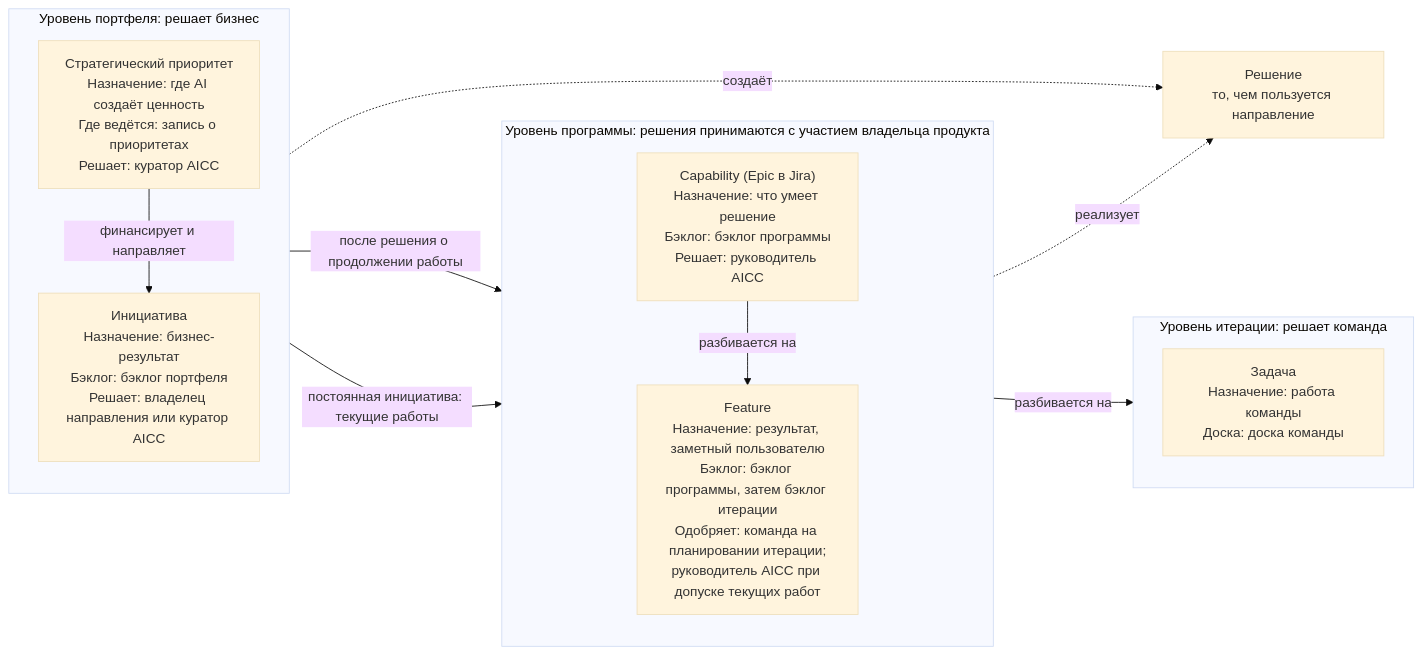
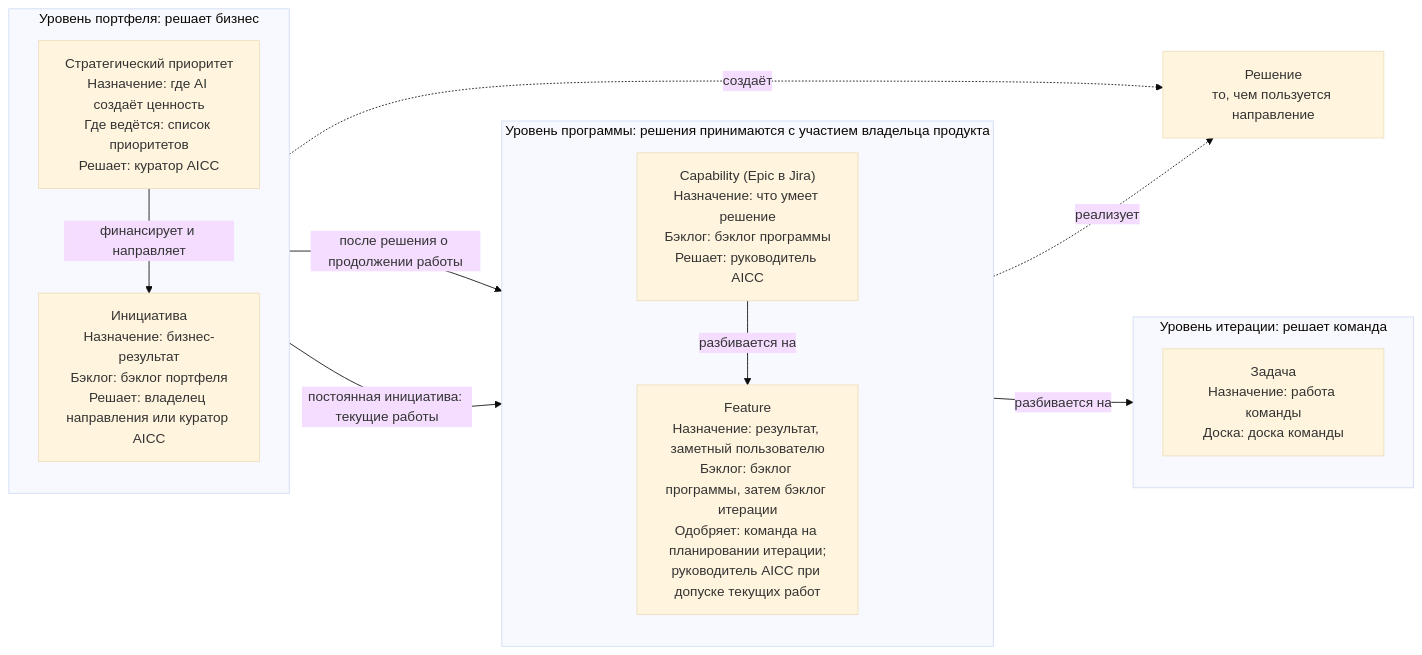
Before and after one commit to devhogu/ob-aicc: the first of 13 diagrams in charter/ru/documents/solution-lifecycle-model.md, drawn with Mermaid (base theme). The commit also changed other lines of this file and 370 other files, not shown here.

````diff
--- a/charter/ru/documents/solution-lifecycle-model.md
+++ b/charter/ru/documents/solution-lifecycle-model.md
@@ -63,24 +63,24 @@
 ```mermaid
 flowchart LR
   subgraph PORT["Уровень портфеля: решает бизнес"]
     direction TB
-    SP["Стратегический приоритет<br/>Назначение: где AI создаёт ценность<br/>Где ведётся: запись о приоритетах<br/>Решает: куратор AICC"]
+    SP["Стратегический приоритет<br/>Назначение: где AI создаёт ценность<br/>Где ведётся: список приоритетов<br/>Решает: куратор AICC"]
     INI["Инициатива<br/>Назначение: бизнес-результат<br/>Бэклог: бэклог портфеля<br/>Решает: владелец направления или куратор AICC"]
     SP -->|финансирует и направляет| INI
   end
   subgraph PROG["Уровень программы: решения принимаются с участием владельца продукта"]
     direction TB
     CAP["Capability (Epic в Jira)<br/>Назначение: что умеет решение<br/>Бэклог: бэклог программы<br/>Решает: руководитель AICC"]
     FT["Feature<br/>Назначение: результат, заметный пользователю<br/>Бэклог: бэклог программы, затем бэклог итерации<br/>Одобряет: команда на планировании итерации;<br/>руководитель AICC при допуске текущих работ"]
     CAP -->|разбивается на| FT
   end
   subgraph ITER["Уровень итерации: решает команда"]
     direction TB
     WI["Задача<br/>Назначение: работа команды<br/>Доска: доска команды"]
   end
   INI -->|после решения о продолжении работы| CAP
   INI -->|постоянная инициатива: текущие работы| FT
   FT -->|разбивается на| WI
   INI -.->|создаёт| SOL["Решение<br/>то, чем пользуется направление"]
   CAP -.->|реализует| SOL
 ```
````
